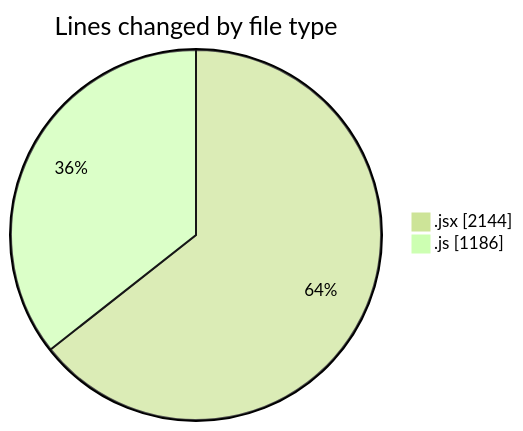
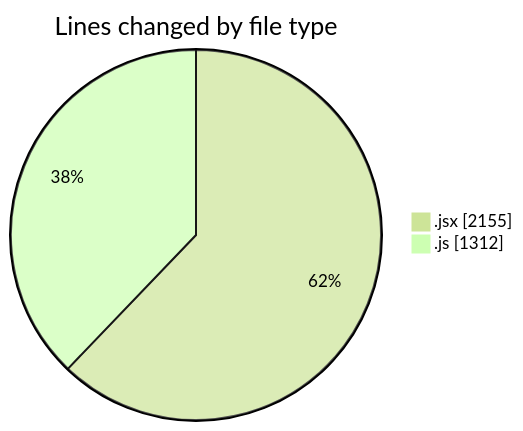
Before and after one commit to nxtqubesakshisongat/code-tracking: the first of 2 diagrams in 2025-07-30/nxtqube_webapp/README.md, drawn with Mermaid (forest theme). The commit also changed other lines of this file and 1 other file, not shown here.

````diff
--- a/2025-07-30/nxtqube_webapp/README.md
+++ b/2025-07-30/nxtqube_webapp/README.md
@@ -27,6 +27,6 @@
 ```mermaid
 pie showData
 title Lines changed by file type
-".jsx" : 2144
-".js" : 1186
+".jsx" : 2155
+".js" : 1312
 ```
````
